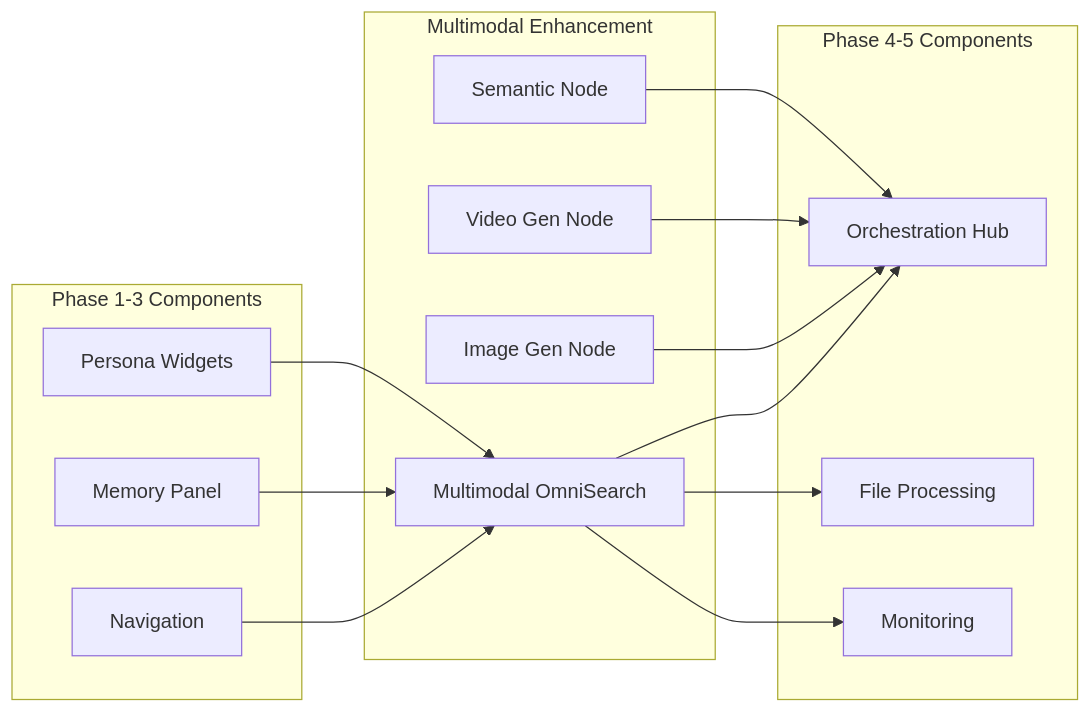
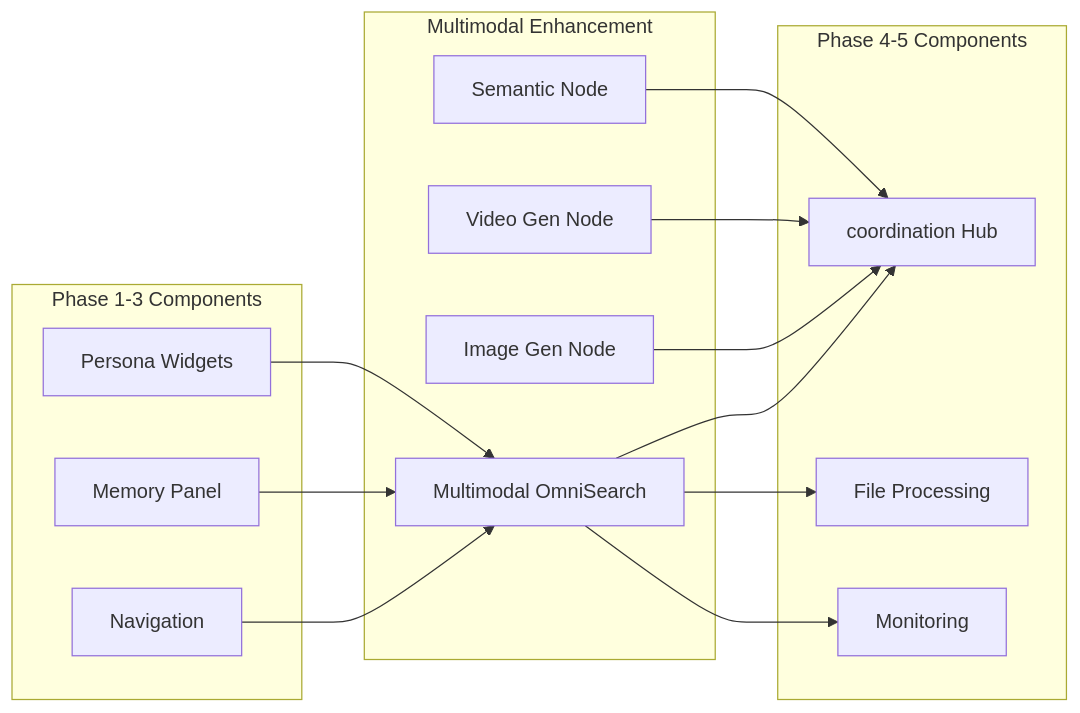
One commit to ai-cherry/orchestra-main changed the third of 5 diagrams in docs/MULTIMODAL_ARCHITECTURE_DIAGRAM.md. Above: the diagram before and after it, drawn with Mermaid. The commit also changed 1542 other files, not shown here.

````diff
--- a/docs/MULTIMODAL_ARCHITECTURE_DIAGRAM.md
+++ b/docs/MULTIMODAL_ARCHITECTURE_DIAGRAM.md
@@ -105,33 +105,33 @@
 ```mermaid
 graph LR
     subgraph "Phase 1-3 Components"
         NAV[Navigation]
         MEM[Memory Panel]
         PWG[Persona Widgets]
     end
     
     subgraph "Phase 4-5 Components"
-        ORH[Orchestration Hub]
+        ORH[coordination Hub]
         FPH[File Processing]
         MON[Monitoring]
     end
     
     subgraph "Multimodal Enhancement"
         MMO[Multimodal OmniSearch]
         IMG[Image Gen Node]
         VID[Video Gen Node]
         SEM[Semantic Node]
     end
     
     NAV --> MMO
     MEM --> MMO
     PWG --> MMO
     
     MMO --> ORH
     IMG --> ORH
     VID --> ORH
     SEM --> ORH
     
     MMO --> FPH
     MMO --> MON
 ```
````
